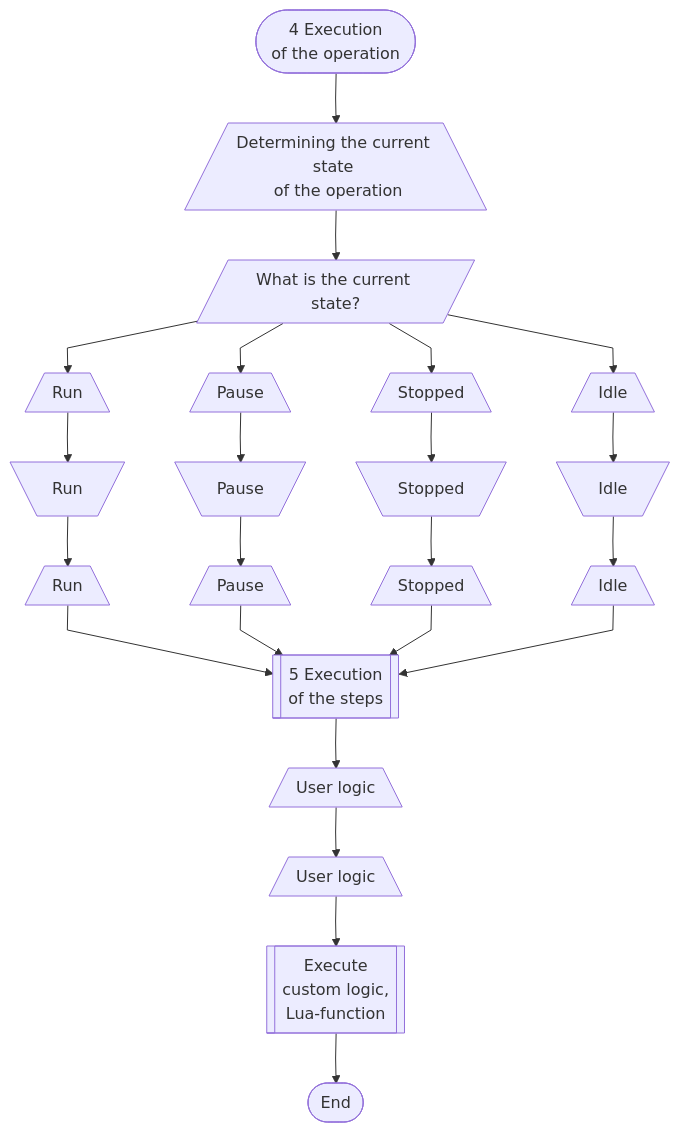
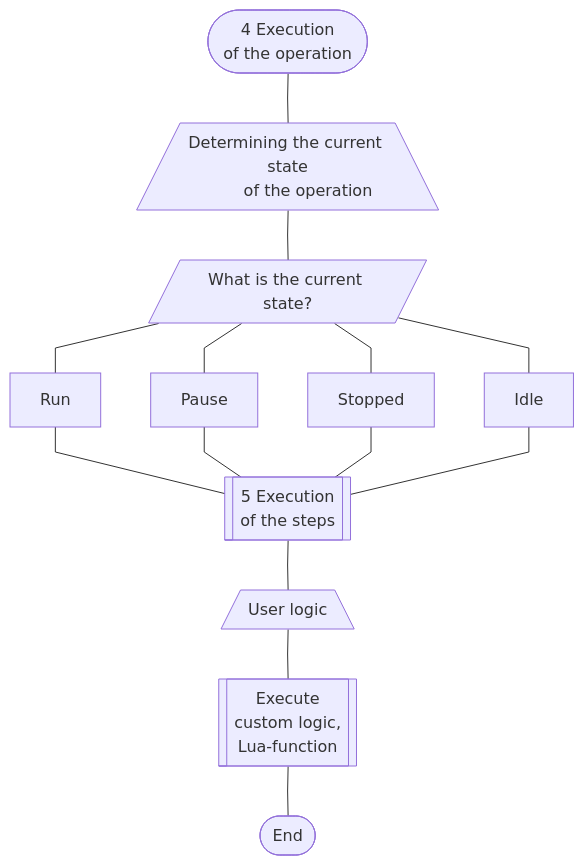
One commit to savushkin-r-d/ptusa_main changed the fourth of 7 diagrams in readme.md. Above: the diagram before and after it, drawn with Mermaid. The commit also changed other lines of this file, not shown here.

````diff
--- a/readme.md
+++ b/readme.md
@@ -83,35 +117,47 @@
 ``` mermaid
 
 %%{init: { "flowchart": { "curve": "linear" } } }%%
 
 flowchart TD
 
-    A([4 Execution <br/> of the operation]) --> B[/Determining the current state of the operation\]
-    B[/Determining the current state <br/> of the operation\] --> C[/What is the current state?/]
+    A(["4 Execution
+        of the operation"])
+    ---
+    B["/Determining the current state
+        of the operation\"]
 
-    C[/What is the current state?/] --> D[/Run\]
-    D[/Run\] --> E[\Run/]
-    E[\Run/] --> L[/Run\]
-    L[/Run\] --> M[[5 Execution of the steps]]
+    B[/"Determining the current state
+        of the operation"\]
+    ---
+    C[/What is the current state?/]
 
-    C[/What is the current state?/] --> F[/Pause\]
-    F[/Pause\] --> G[\Pause/]
-    G[\Pause/] --> G1[/Pause\]
-    G1[/Pause\] --> M[[5 Execution of the steps]]
+    C[/What is the current state?/] --- D[Run]
+    D[Run] --- M[[5 Execution of the steps]]
 
-    C[/What is the current state?/] --> H[/Stopped\]
-    H[/Stopped\] --> I[\Stopped/]
-    I[\Stopped/] --> I1[/Stopped\]
-    I1[/Stopped\] --> M[[5 Execution of the steps]]
+    C[/What is the current state?/] --- F[Pause]
+    F[Pause] --- M[[5 Execution of the steps]]
 
-    C[/What is the current state?/] --> J[\Idle/]
-    J[/Idle\] --> K[\Idle/]
-    K[\Idle/] --> K1[/Idle\]
-    K1[/Idle\] --> M[[5 Execution of the steps]]
+    C[/What is the current state?/] --- H[Stopped]
+    H[Stopped] --- M[[5 Execution of the steps]]
 
-    M[[5 Execution <br/> of the steps]] --> N[/User logic\]
-    N[/User logic\] --> O[/User logic\]
-    O[/User logic\] --> P[[Execute custom logic, Lua-function]]
-    P[[Execute <br/> custom logic, <br/> Lua-function]] --> Q([End])
+    C[/What is the current state?/] --- J[Idle]
+    J[Idle] --- M[[5 Execution of the steps]]
+
+    M[["5 Execution
+        of the steps"]]
+    ---
+    N[/User logic\]
+
+    N[/User logic\]
+    ---
+    P[["Execute
+        custom logic,
+        Lua-function"]]
+
+    P[["Execute
+        custom logic,
+        Lua-function"]]
+    ---
+    Q([End])
 
 ```
````
